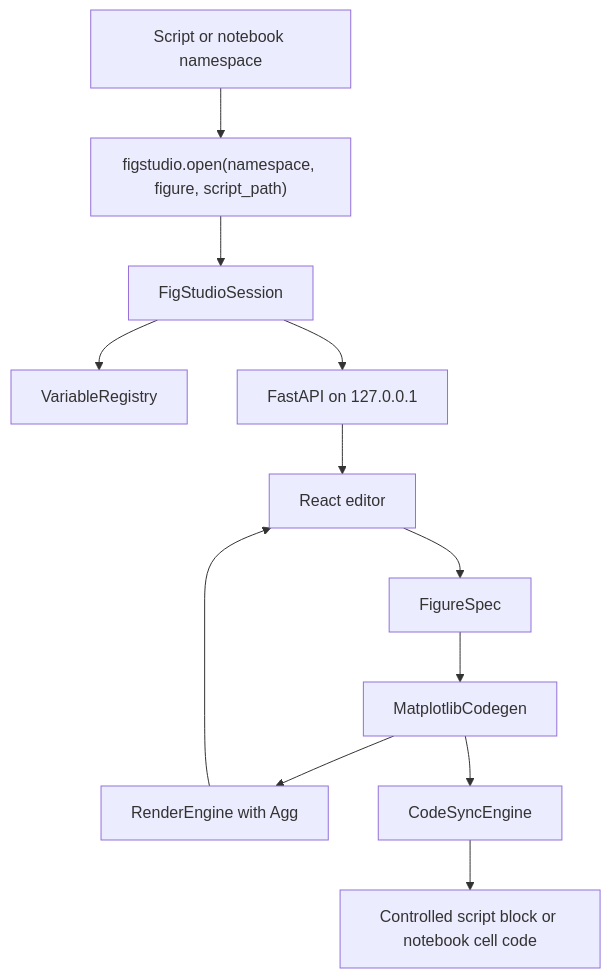
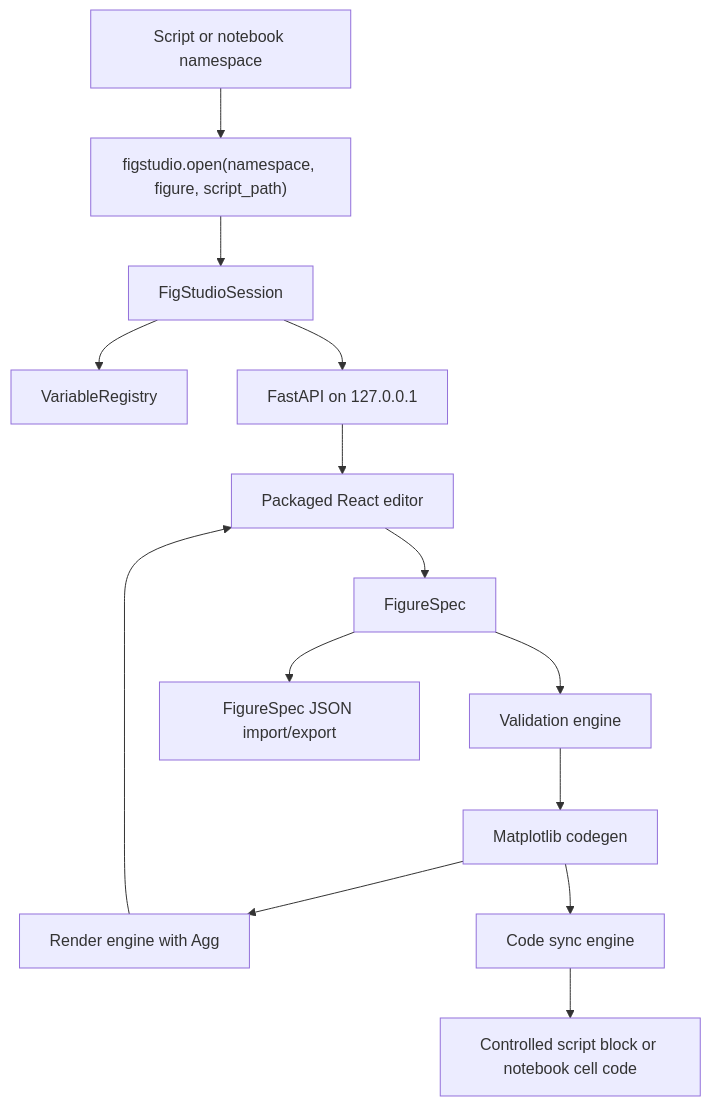
Before and after one commit to Isabelle20070607/figstudio: the diagram in docs/technical-design.md, drawn with Mermaid. The commit also changed other lines of this file and 38 other files, not shown here.

````diff
--- a/docs/technical-design.md
+++ b/docs/technical-design.md
@@ -9,14 +13,16 @@
 ```mermaid
 flowchart TD
   A["Script or notebook namespace"] --> B["figstudio.open(namespace, figure, script_path)"]
   B --> C["FigStudioSession"]
   C --> D["VariableRegistry"]
   C --> E["FastAPI on 127.0.0.1"]
-  E --> F["React editor"]
+  E --> F["Packaged React editor"]
   F --> G["FigureSpec"]
-  G --> H["MatplotlibCodegen"]
-  H --> I["RenderEngine with Agg"]
-  H --> J["CodeSyncEngine"]
-  I --> F
-  J --> K["Controlled script block or notebook cell code"]
+  G --> H["Validation engine"]
+  H --> I["Matplotlib codegen"]
+  I --> J["Render engine with Agg"]
+  I --> K["Code sync engine"]
+  G --> L["FigureSpec JSON import/export"]
+  J --> F
+  K --> M["Controlled script block or notebook cell code"]
 ```
````
